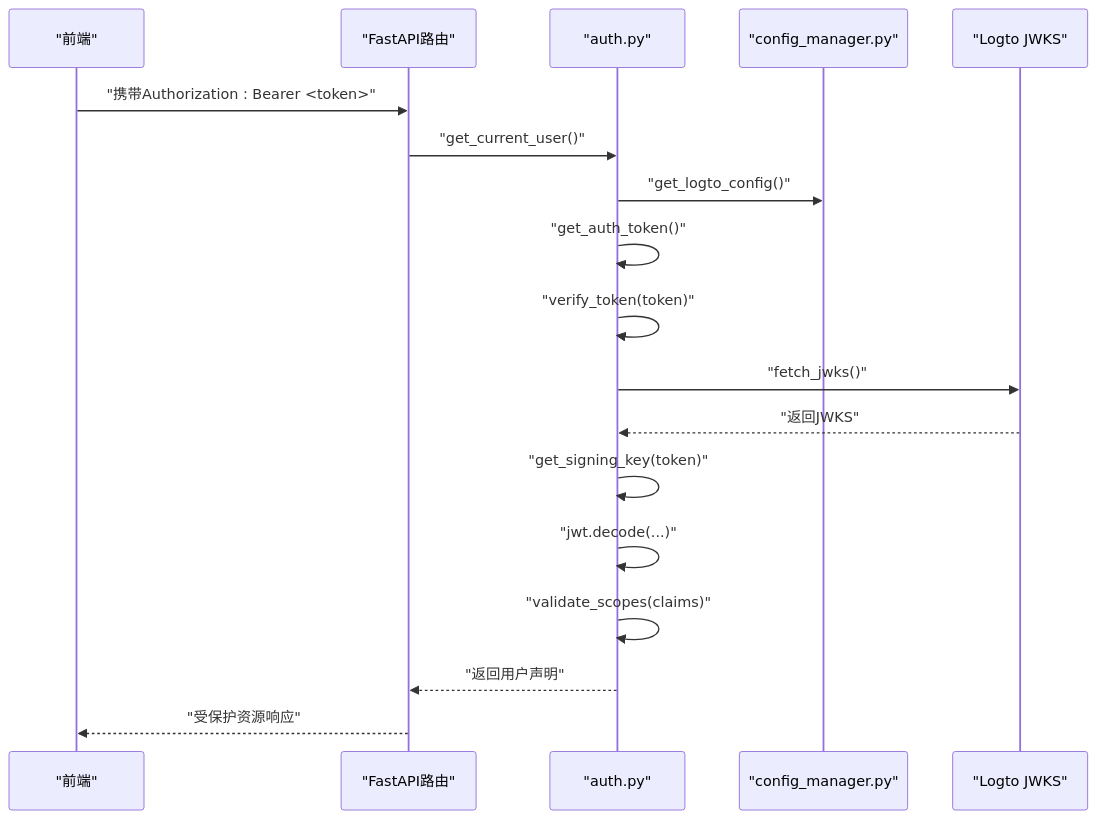
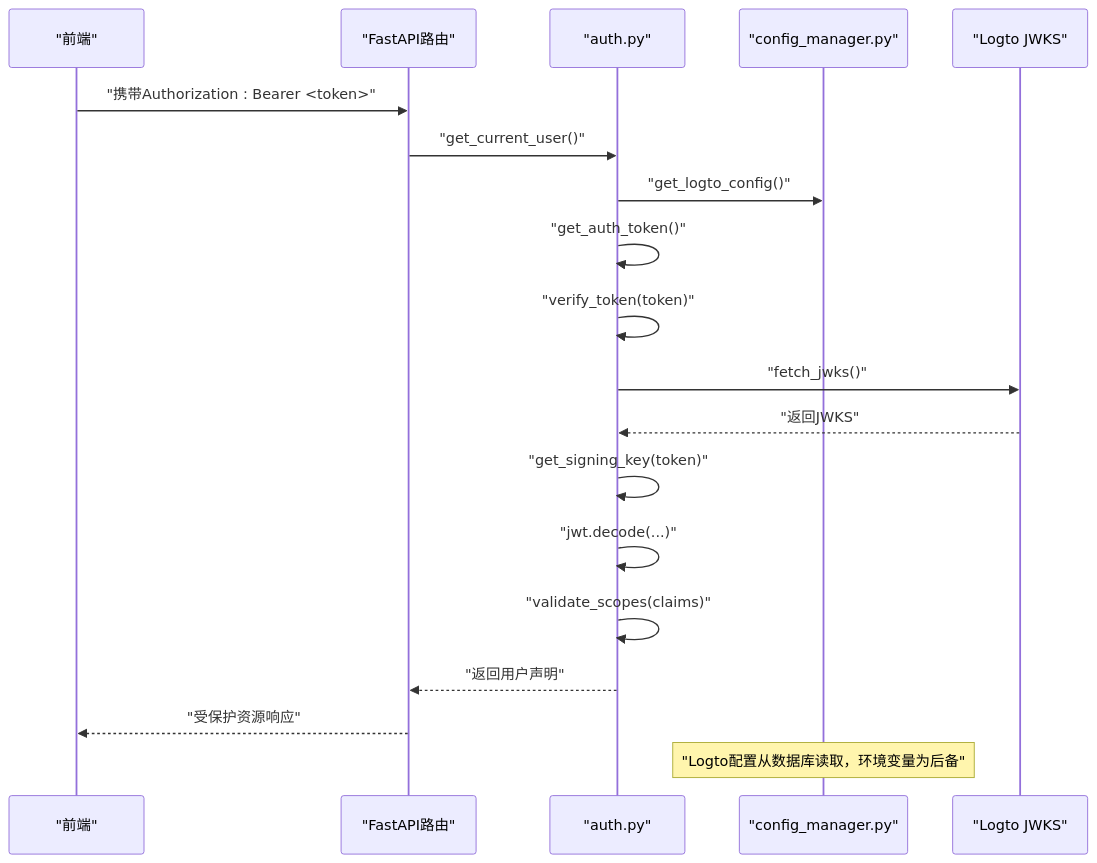
The second of 8 diagrams in .qoder/repowiki/zh/content/安全与认证/安全与认证.md (faryhuo/backtrader), drawn with Mermaid before and after one commit. The commit also changed other lines of this file and 8 other files, not shown here.

````diff
--- a/.qoder/repowiki/zh/content/安全与认证/安全与认证.md
+++ b/.qoder/repowiki/zh/content/安全与认证/安全与认证.md
@@ -117,20 +127,21 @@
 ```mermaid
 sequenceDiagram
 participant FE as "前端"
 participant API as "FastAPI路由"
 participant Auth as "auth.py"
 participant Cfg as "config_manager.py"
 participant JWKS as "Logto JWKS"
 FE->>API : "携带Authorization : Bearer <token>"
 API->>Auth : "get_current_user()"
 Auth->>Cfg : "get_logto_config()"
 Auth->>Auth : "get_auth_token()"
 Auth->>Auth : "verify_token(token)"
 Auth->>JWKS : "fetch_jwks()"
 JWKS-->>Auth : "返回JWKS"
 Auth->>Auth : "get_signing_key(token)"
 Auth->>Auth : "jwt.decode(...)"
 Auth->>Auth : "validate_scopes(claims)"
 Auth-->>API : "返回用户声明"
 API-->>FE : "受保护资源响应"
+Note over Cfg : "Logto配置从数据库读取，环境变量为后备"
 ```
````
